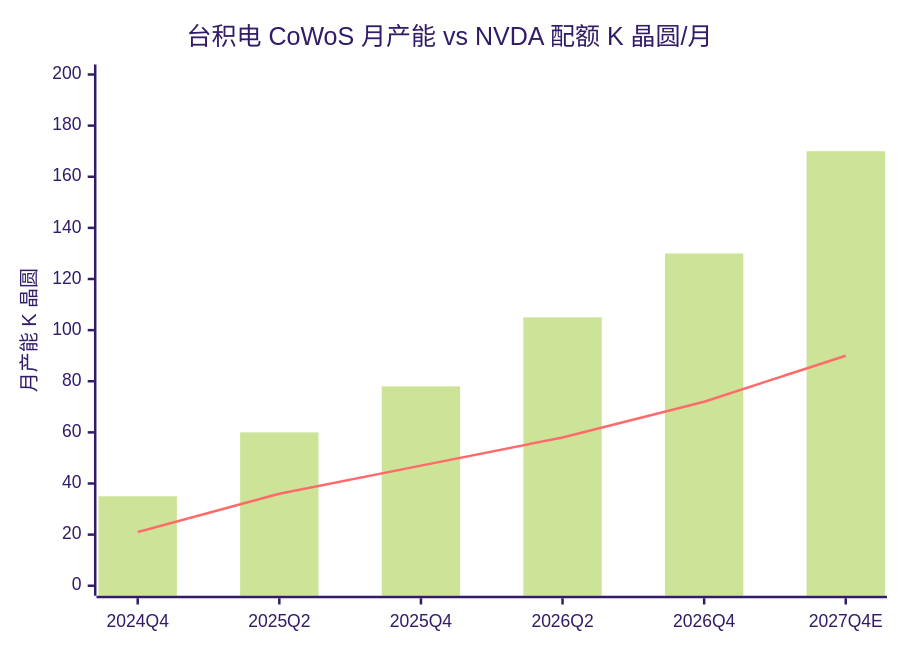
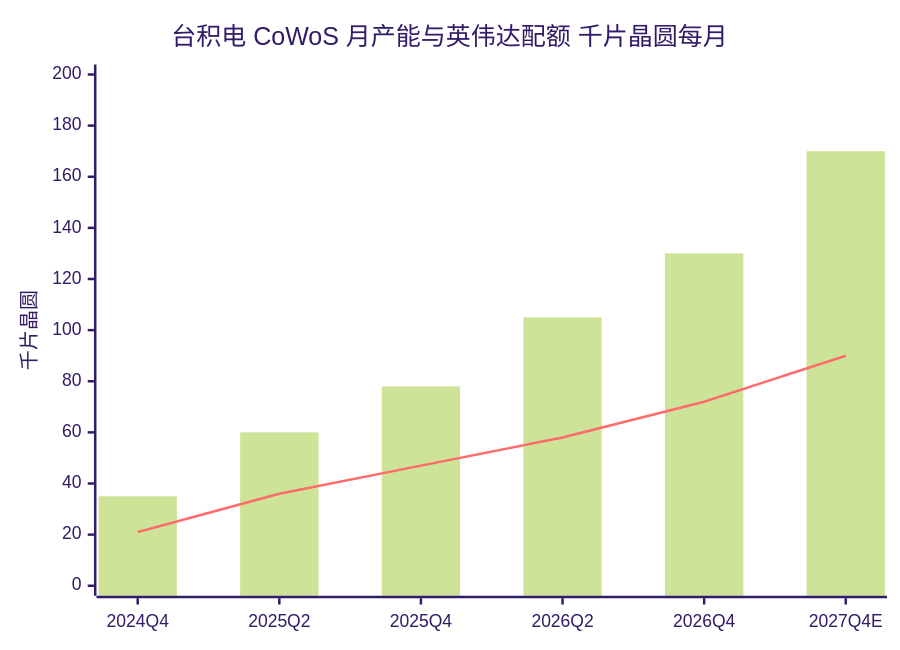
The second of 4 diagrams in book/12-2027-inflection/README.md (diguike/book-compute-economics), drawn with Mermaid (forest theme) before and after one commit. The commit also changed other lines of this file and 33 other files, not shown here.

````diff
--- a/book/12-2027-inflection/README.md
+++ b/book/12-2027-inflection/README.md
@@ -165,8 +211,8 @@
 ```mermaid
 xychart-beta
-    title "台积电 CoWoS 月产能 vs NVDA 配额 K 晶圆/月"
+    title "台积电 CoWoS 月产能与英伟达配额 千片晶圆每月"
     x-axis ["2024Q4", "2025Q2", "2025Q4", "2026Q2", "2026Q4", "2027Q4E"]
-    y-axis "月产能 K 晶圆" 0 --> 200
+    y-axis "千片晶圆" 0 --> 200
     bar [35, 60, 78, 105, 130, 170]
     line [21, 36, 47, 58, 72, 90]
 ```
````
